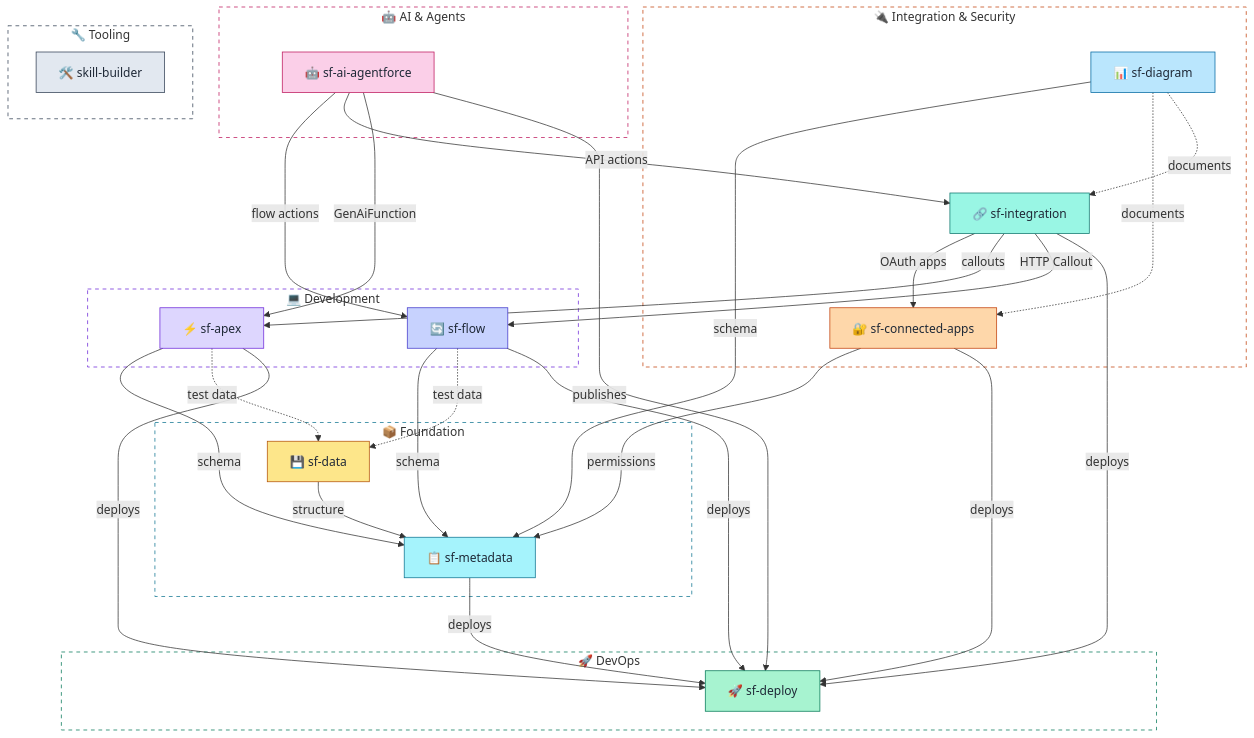
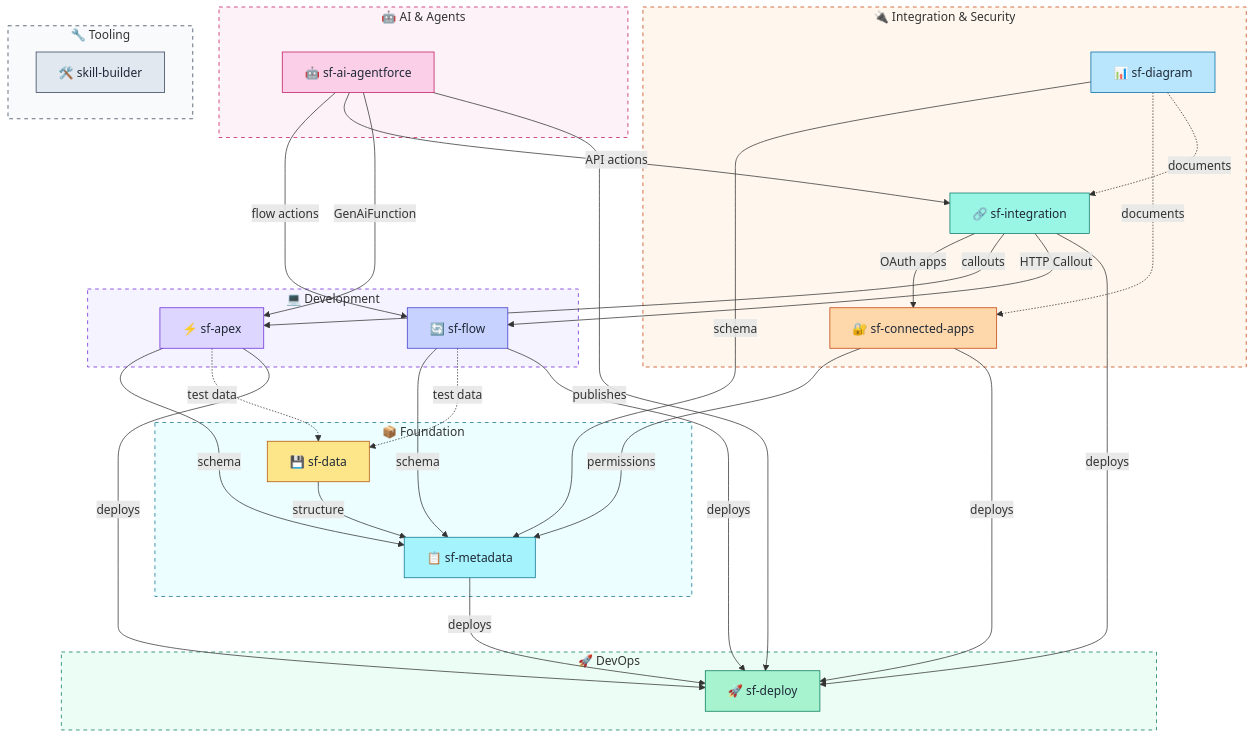
The diagram in README.md (sfdcale/sf-skills), drawn with Mermaid before and after one commit.

Commit message:
1 style: Add light background fills to subgraphs    2    3 Using Tailwind 50-level shades for subtle subgraph backgrounds:    4 - ai: #fdf2f8 (pink-50)    5 - integration: #fff7ed (orange-50)    6 - development: #f5f3ff (violet-50)    7 - foundation: #ecfeff (cyan-50)    8 - devops: #ecfdf5 (emerald-50)    9 - tooling: #f8fafc (slate-50)   10   11 Creates visual grouping while keeping the soft aesthetic.

````diff
--- a/README.md
+++ b/README.md
@@ -160,11 +160,11 @@
     %% Styling - Tooling (slate-200)
     style skillbuilder fill:#e2e8f0,stroke:#334155,color:#1f2937
 
-    %% Subgraph styling - transparent with dark borders
-    style ai fill:transparent,stroke:#be185d,stroke-dasharray:5
-    style integration fill:transparent,stroke:#c2410c,stroke-dasharray:5
-    style development fill:transparent,stroke:#6d28d9,stroke-dasharray:5
-    style foundation fill:transparent,stroke:#0e7490,stroke-dasharray:5
-    style devops fill:transparent,stroke:#047857,stroke-dasharray:5
-    style tooling fill:transparent,stroke:#334155,stroke-dasharray:5
+    %% Subgraph styling - light fill with dark dashed borders
+    style ai fill:#fdf2f8,stroke:#be185d,stroke-dasharray:5
+    style integration fill:#fff7ed,stroke:#c2410c,stroke-dasharray:5
+    style development fill:#f5f3ff,stroke:#6d28d9,stroke-dasharray:5
+    style foundation fill:#ecfeff,stroke:#0e7490,stroke-dasharray:5
+    style devops fill:#ecfdf5,stroke:#047857,stroke-dasharray:5
+    style tooling fill:#f8fafc,stroke:#334155,stroke-dasharray:5
 ```
````
